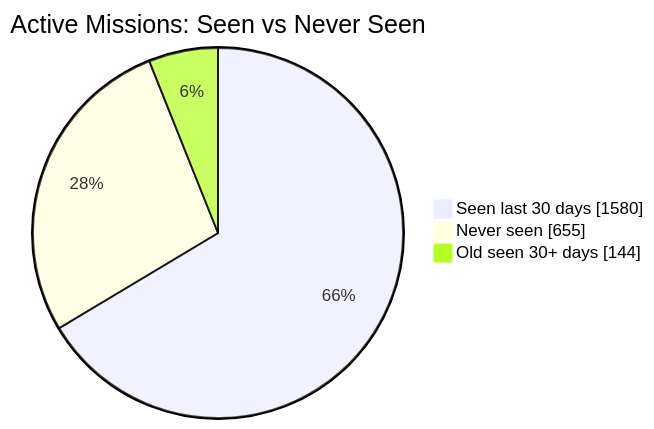
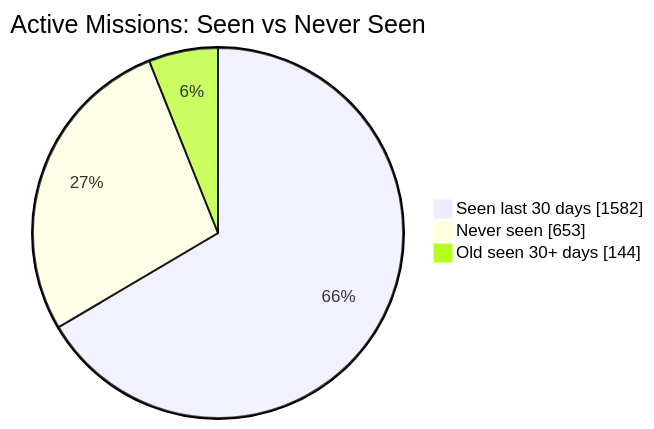
Before and after one commit to MeldkamerspelGameTeam/active-missions: the first of 2 diagrams in README.md, drawn with Mermaid. The commit also changed other lines of this file and 2 other files, not shown here.

````diff
--- a/README.md
+++ b/README.md
@@ -34,7 +34,7 @@
 ```mermaid
 pie showData
     title Active Missions: Seen vs Never Seen
-    "Seen last 30 days" : 1580
-    "Never seen" : 655
+    "Seen last 30 days" : 1582
+    "Never seen" : 653
     "Old seen 30+ days" : 144
 ```
````
